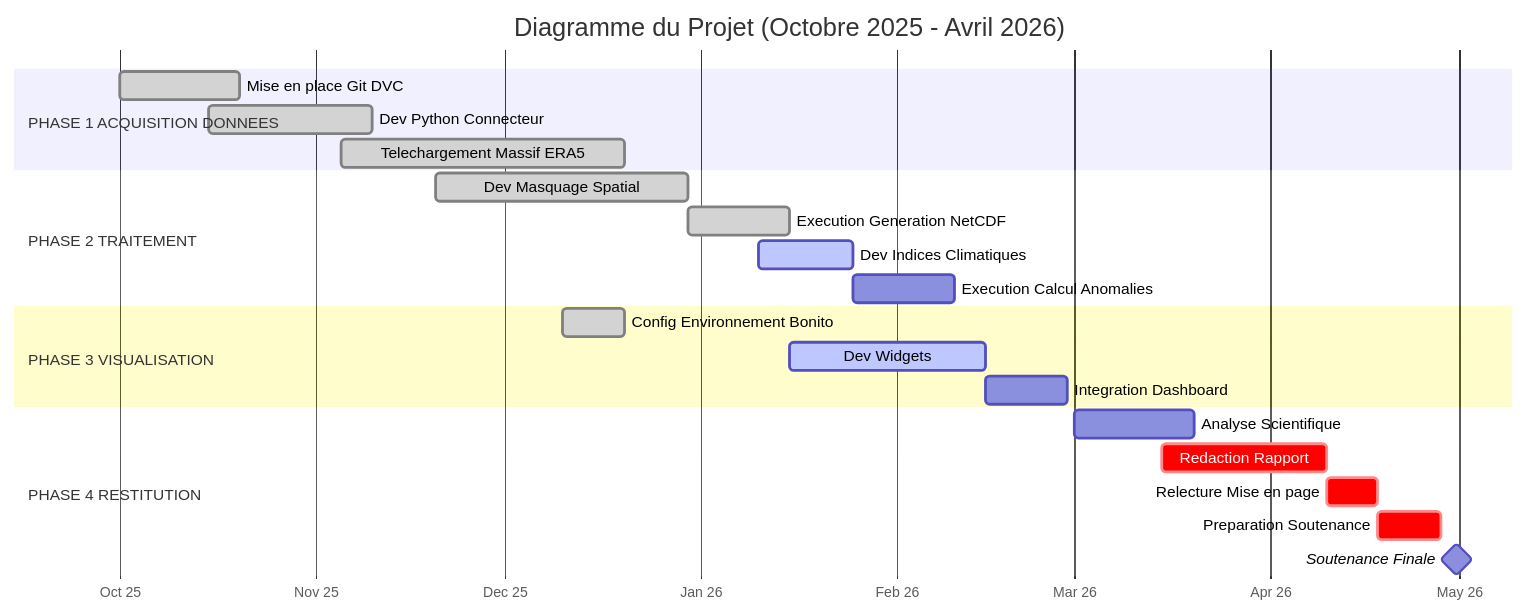
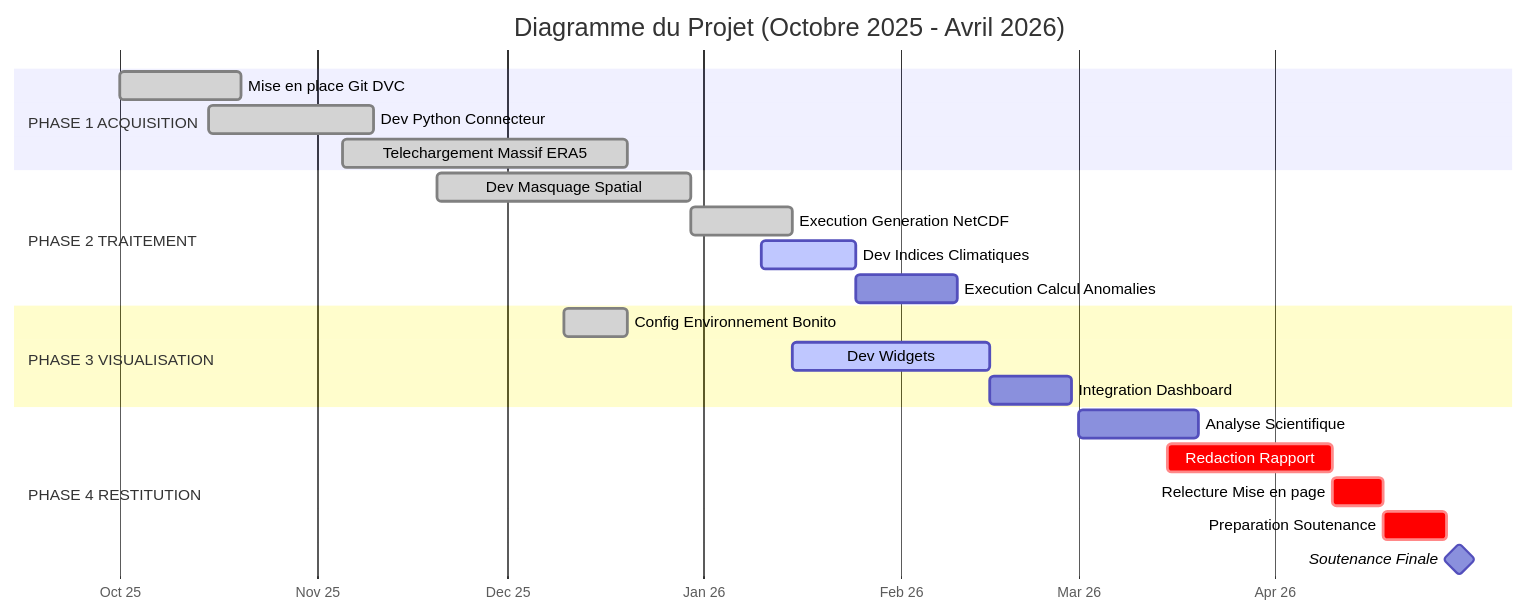
Before and after one commit to loic-mmt/Analyse_Meteo: the diagram in Aides-Schémas-Pipelines/Gantt.mmd, drawn with Mermaid. The commit also changed 1 other file, not shown here.

Commit message:
Modif dans gantt.html pour reussir a generer l'image

```diff
--- a/Aides-Schémas-Pipelines/Gantt.mmd
+++ b/Aides-Schémas-Pipelines/Gantt.mmd
@@ -1,28 +1,28 @@
 gantt
-    title Diagramme du Projet (Octobre 2025 - Avril 2026)
-    dateFormat YYYY-MM-DD
-    axisFormat %b %y
-    todayMarker off
+        title Diagramme du Projet (Octobre 2025 - Avril 2026)
+        dateFormat YYYY-MM-DD
+        axisFormat %b %y
+        todayMarker off
 
-    section PHASE 1 ACQUISITION DONNEES
-    Mise en place Git DVC                :done, p1_1, 2025-10-01, 2025-10-20
-    Dev Python Connecteur                :done, p1_2, 2025-10-15, 2025-11-10
-    Telechargement Massif ERA5           :done, p1_3, 2025-11-05, 2025-12-20
+        section PHASE 1 ACQUISITION
+        Mise en place Git DVC                :done, p1_1, 2025-10-01, 2025-10-20
+        Dev Python Connecteur                :done, p1_2, 2025-10-15, 2025-11-10
+        Telechargement Massif ERA5           :done, p1_3, 2025-11-05, 2025-12-20
 
-    section PHASE 2 TRAITEMENT
-    Dev Masquage Spatial                 :done, p2_1, 2025-11-20, 2025-12-30
-    Execution Generation NetCDF          :done, p2_2, 2025-12-30, 2026-01-15
-    Dev Indices Climatiques              :active, p2_3, 2026-01-10, 2026-01-25
-    Execution Calcul Anomalies           :p2_4, 2026-01-25, 2026-02-10
+        section PHASE 2 TRAITEMENT
+        Dev Masquage Spatial                 :done, p2_1, 2025-11-20, 2025-12-30
+        Execution Generation NetCDF          :done, p2_2, 2025-12-30, 2026-01-15
+        Dev Indices Climatiques              :active, p2_3, 2026-01-10, 2026-01-25
+        Execution Calcul Anomalies           :p2_4, 2026-01-25, 2026-02-10
 
-    section PHASE 3 VISUALISATION
-    Config Environnement Bonito          :done, p3_1, 2025-12-10, 2025-12-20
-    Dev Widgets                          :active, p3_2, 2026-01-15, 2026-02-15
-    Integration Dashboard                :p3_3, 2026-02-15, 2026-02-28
+        section PHASE 3 VISUALISATION
+        Config Environnement Bonito          :done, p3_1, 2025-12-10, 2025-12-20
+        Dev Widgets                          :active, p3_2, 2026-01-15, 2026-02-15
+        Integration Dashboard                :p3_3, 2026-02-15, 2026-02-28
 
-    section PHASE 4 RESTITUTION
-    Analyse Scientifique                 :p4_1, 2026-03-01, 2026-03-20
-    Redaction Rapport                    :crit, p4_2, 2026-03-15, 2026-04-10
-    Relecture Mise en page               :crit, p4_3, 2026-04-10, 2026-04-18
-    Preparation Soutenance               :crit, p4_4, 2026-04-18, 2026-04-28
-    Soutenance Finale                    :milestone, p4_5, 2026-04-30, 1d
+        section PHASE 4 RESTITUTION
+        Analyse Scientifique                 :p4_1, 2026-03-01, 2026-03-20
+        Redaction Rapport                    :crit, p4_2, 2026-03-15, 2026-04-10
+        Relecture Mise en page               :crit, p4_3, 2026-04-10, 2026-04-18
+        Preparation Soutenance               :crit, p4_4, 2026-04-18, 2026-04-28
+        Soutenance Finale                    :milestone, p4_5, 2026-04-30, 0d
```
